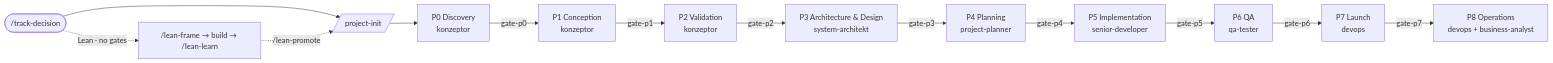
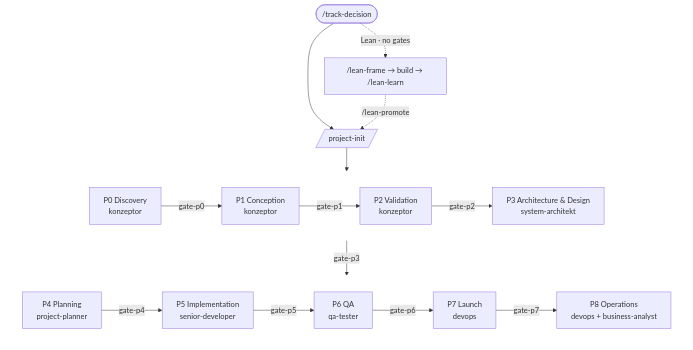
One commit to jonase47/ccpr changed the diagram in README.md. Above: the diagram before and after it, drawn with Mermaid.

Commit message:
docs(readme): wrap phase diagram into two rows (P0-P3 / P4-P8)
Split the single wide LR chain into two stacked LR subgraphs joined by
gate-p3, so the diagram is roughly half as wide. Subgraph frames made
transparent to keep it visually clean.

````diff
--- a/README.md
+++ b/README.md
@@ -41,16 +41,23 @@
 ```mermaid
-flowchart LR
+flowchart TB
     Start([/track-decision]) --> Init[/project-init/]
-    Init --> P0["P0 Discovery<br/>konzeptor"]
-    P0 -->|gate-p0| P1["P1 Conception<br/>konzeptor"]
-    P1 -->|gate-p1| P2["P2 Validation<br/>konzeptor"]
-    P2 -->|gate-p2| P3["P3 Architecture &amp; Design<br/>system-architekt"]
-    P3 -->|gate-p3| P4["P4 Planning<br/>project-planner"]
-    P4 -->|gate-p4| P5["P5 Implementation<br/>senior-developer"]
-    P5 -->|gate-p5| P6["P6 QA<br/>qa-tester"]
-    P6 -->|gate-p6| P7["P7 Launch<br/>devops"]
-    P7 -->|gate-p7| P8["P8 Operations<br/>devops + business-analyst"]
+    Init --> P0
+
+    subgraph R1[" "]
+        direction LR
+        P0["P0 Discovery<br/>konzeptor"] -->|gate-p0| P1["P1 Conception<br/>konzeptor"] -->|gate-p1| P2["P2 Validation<br/>konzeptor"] -->|gate-p2| P3["P3 Architecture &amp; Design<br/>system-architekt"]
+    end
+
+    subgraph R2[" "]
+        direction LR
+        P4["P4 Planning<br/>project-planner"] -->|gate-p4| P5["P5 Implementation<br/>senior-developer"] -->|gate-p5| P6["P6 QA<br/>qa-tester"] -->|gate-p6| P7["P7 Launch<br/>devops"] -->|gate-p7| P8["P8 Operations<br/>devops + business-analyst"]
+    end
+
+    P3 -->|gate-p3| P4
 
     Start -. "Lean · no gates" .-> Lean["/lean-frame → build → /lean-learn"]
     Lean -. /lean-promote .-> Init
+
+    style R1 fill:transparent,stroke:transparent
+    style R2 fill:transparent,stroke:transparent
 ```
````
